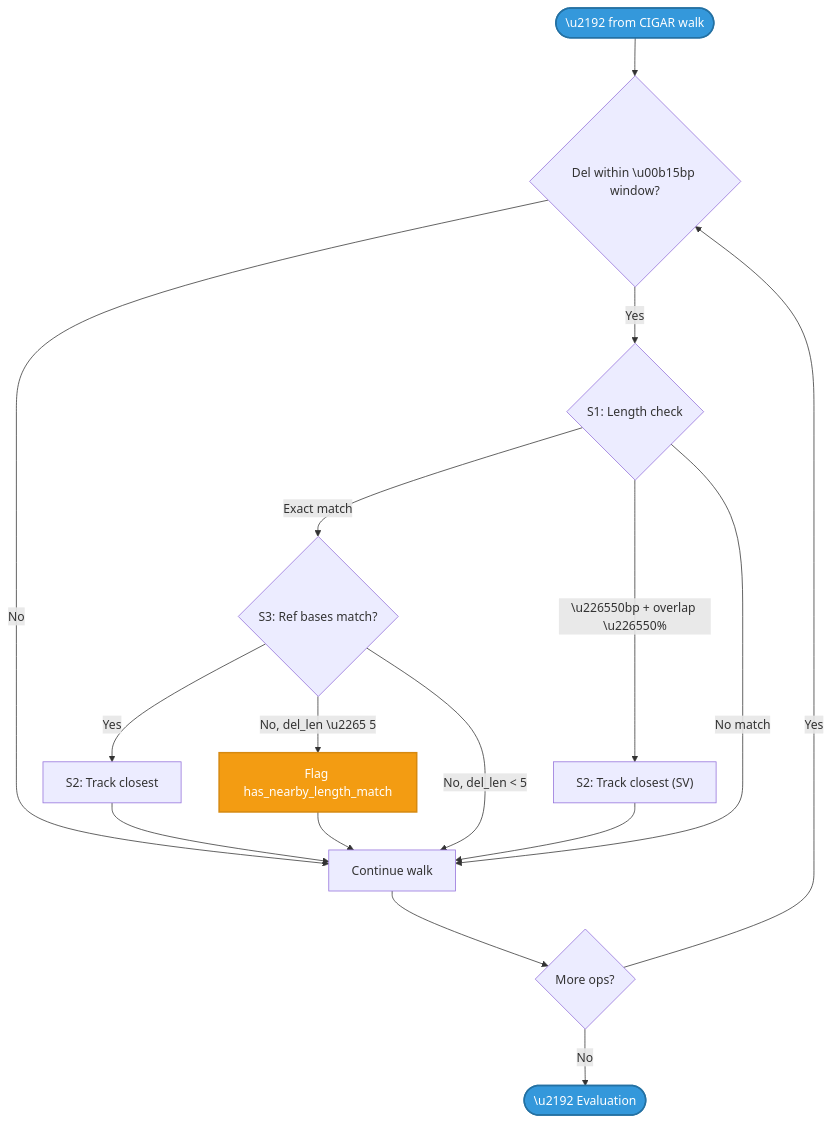
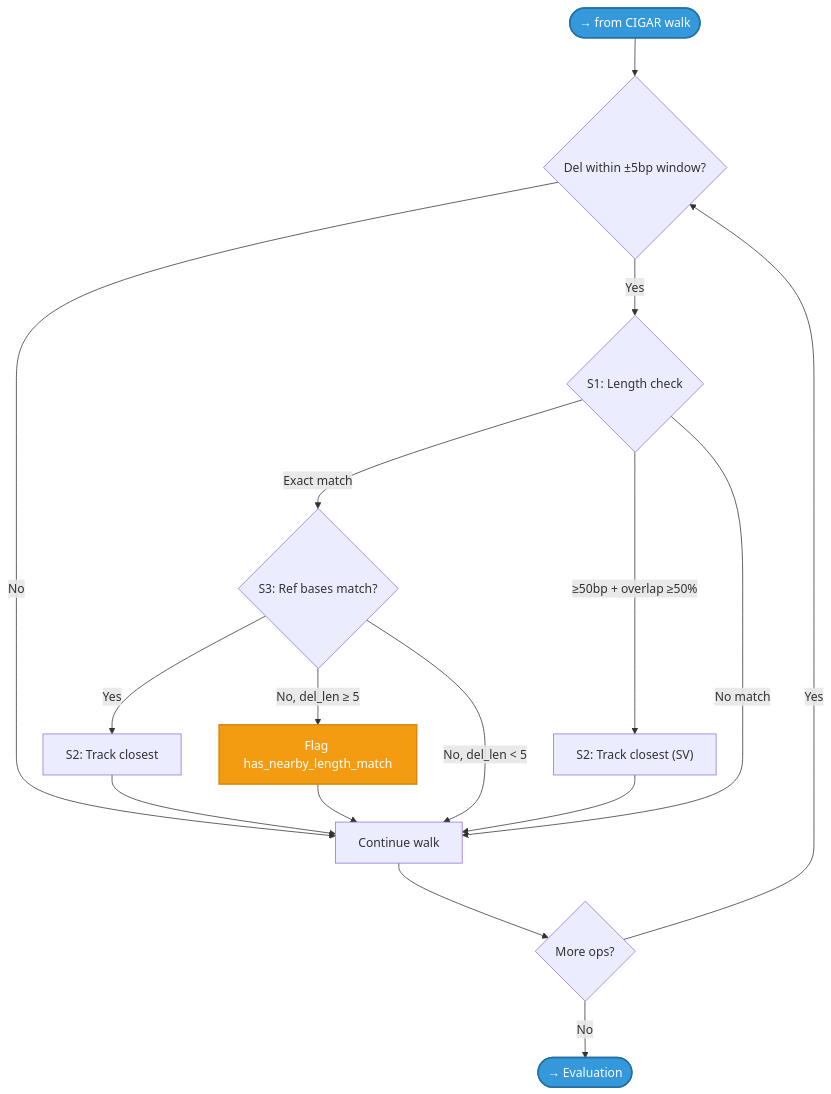
One commit to msk-access/gbcms changed the sixth of 12 diagrams in docs/reference/allele-classification.md. Above: the diagram before and after it, drawn with Mermaid. The commit also changed other lines of this file and 4 other files, not shown here.

````diff
--- a/docs/reference/allele-classification.md
+++ b/docs/reference/allele-classification.md
@@ -280,22 +280,22 @@
 ```mermaid
 flowchart TD
-    WinIn(["\u2192 from CIGAR walk"]):::entry --> CheckWin{"Del within \u00b15bp window?"}
+    WinIn(["→ from CIGAR walk"]):::entry --> CheckWin{"Del within ±5bp window?"}
     CheckWin -->|No| Continue["Continue walk"]
     CheckWin -->|Yes| S1{"S1: Length check"}
     S1 -->|"Exact match"| S3{"S3: Ref bases match?"}
-    S1 -->|"\u226550bp + overlap \u226550%"| S2Track["S2: Track closest (SV)"]  
+    S1 -->|"≥50bp + overlap ≥50%"| S2Track["S2: Track closest (SV)"]  
     S1 -->|"No match"| Continue
     S3 -->|Yes| S2["S2: Track closest"]
-    S3 -->|"No, del_len \u2265 5"| FlagP3["Flag has_nearby_length_match"]:::fallback
+    S3 -->|"No, del_len ≥ 5"| FlagP3["Flag has_nearby_length_match"]:::fallback
     S3 -->|"No, del_len < 5"| Continue
     S2Track --> Continue
     S2 --> Continue
     FlagP3 --> Continue
     Continue --> MoreOps{"More ops?"}
     MoreOps -->|Yes| CheckWin
-    MoreOps -->|No| Eval(["\u2192 Evaluation"]):::next
+    MoreOps -->|No| Eval(["→ Evaluation"]):::next
 
     classDef entry fill:#3498db,color:#fff,stroke:#2471a3,stroke-width:2px;
     classDef next fill:#3498db,color:#fff,stroke:#2471a3,stroke-width:2px;
     classDef fallback fill:#f39c12,color:#fff,stroke:#d68910,stroke-width:2px;
 ```
````
